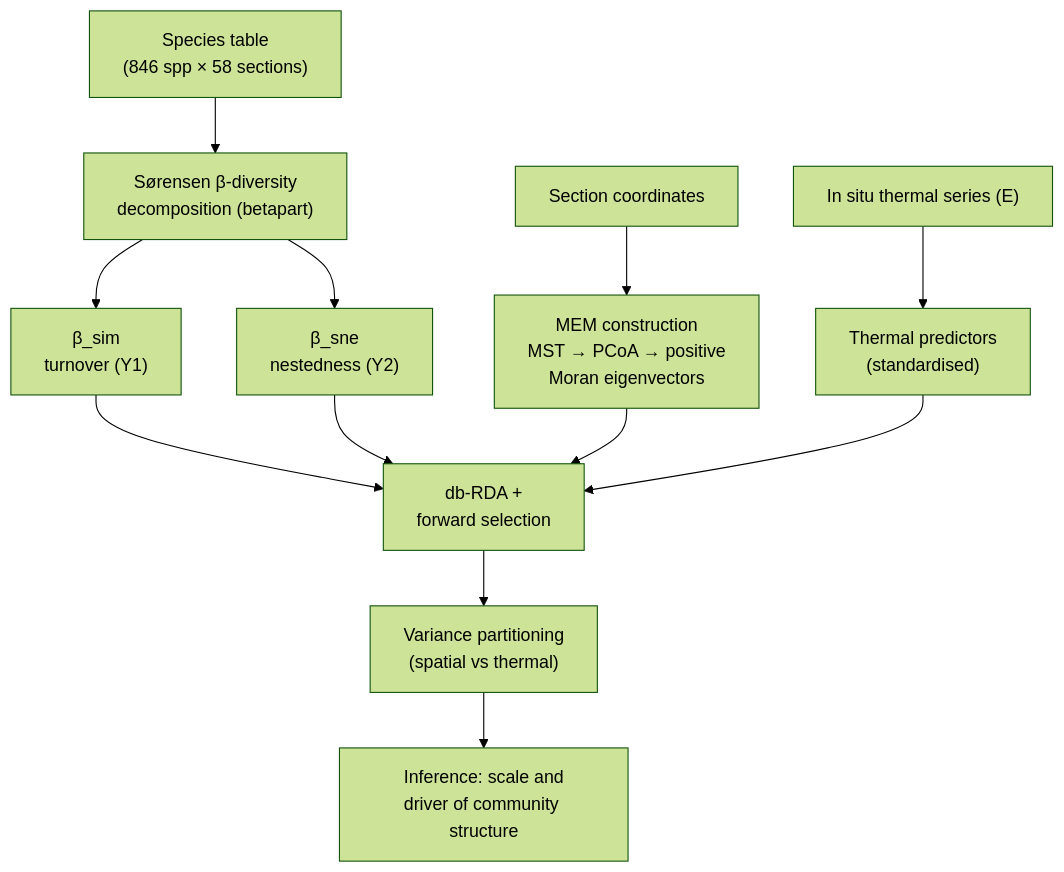
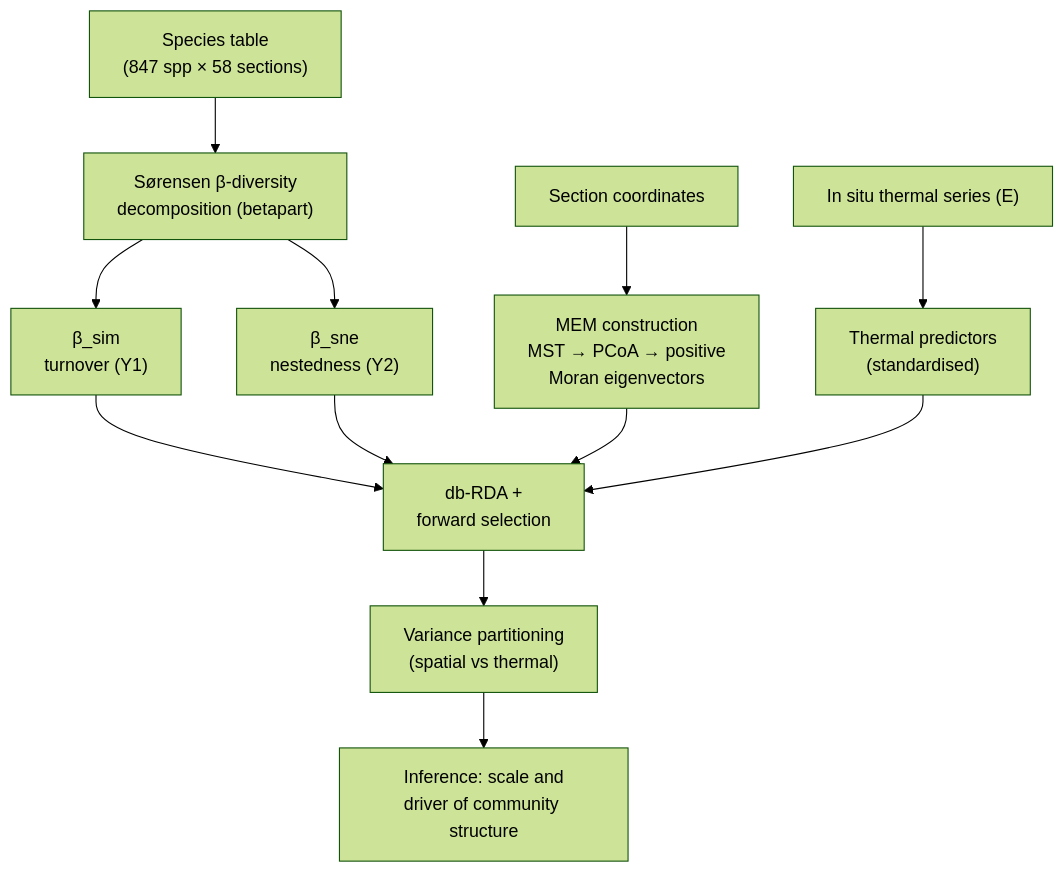
One commit to ajsmit/tangled_bank changed the diagram in BCB743/two_oceans_appendices.qmd. Above: the diagram before and after it, drawn with Mermaid (forest theme). The commit also changed other lines of this file and 69 other files, not shown here.

````diff
--- a/BCB743/two_oceans_appendices.qmd
+++ b/BCB743/two_oceans_appendices.qmd
@@ -49,17 +49,17 @@
 ```{mermaid}
 %%| label: fig-workflow
 %%| echo: false
 %%| fig-cap: "Analytical workflow for the β-diversity analysis. The species table is decomposed into turnover and nestedness components, each modelled by db-RDA against spatial (MEM) and thermal predictors before variance partitioning separates the two contributions."
 flowchart TD
-  Y["Species table<br/>(846 spp × 58 sections)"] --> BD["Sørensen β-diversity<br/>decomposition (betapart)"]
+  Y["Species table<br/>(847 spp × 58 sections)"] --> BD["Sørensen β-diversity<br/>decomposition (betapart)"]
   BD --> Y1["β_sim<br/>turnover (Y1)"]
   BD --> Y2["β_sne<br/>nestedness (Y2)"]
   COORD["Section coordinates"] --> MEM["MEM construction<br/>MST → PCoA → positive<br/>Moran eigenvectors"]
   ENV["In situ thermal series (E)"] --> THERM["Thermal predictors<br/>(standardised)"]
   Y1 --> RDA["db-RDA +<br/>forward selection"]
   Y2 --> RDA
   MEM --> RDA
   THERM --> RDA
   RDA --> VP["Variance partitioning<br/>(spatial vs thermal)"]
   VP --> INF["Inference: scale and<br/>driver of community structure"]
 ```
````
